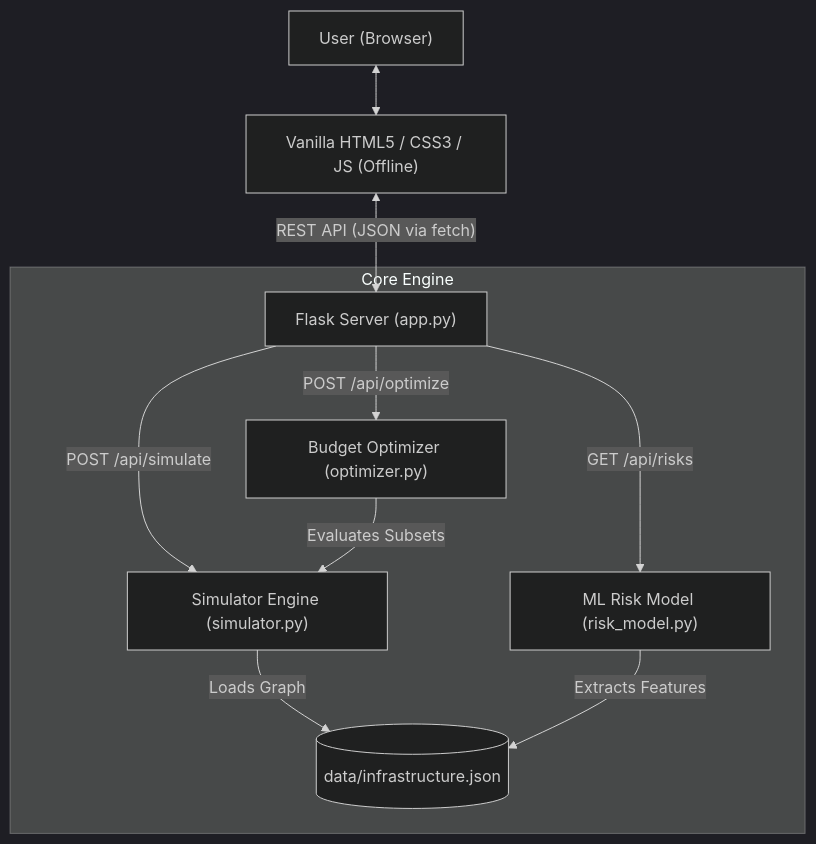
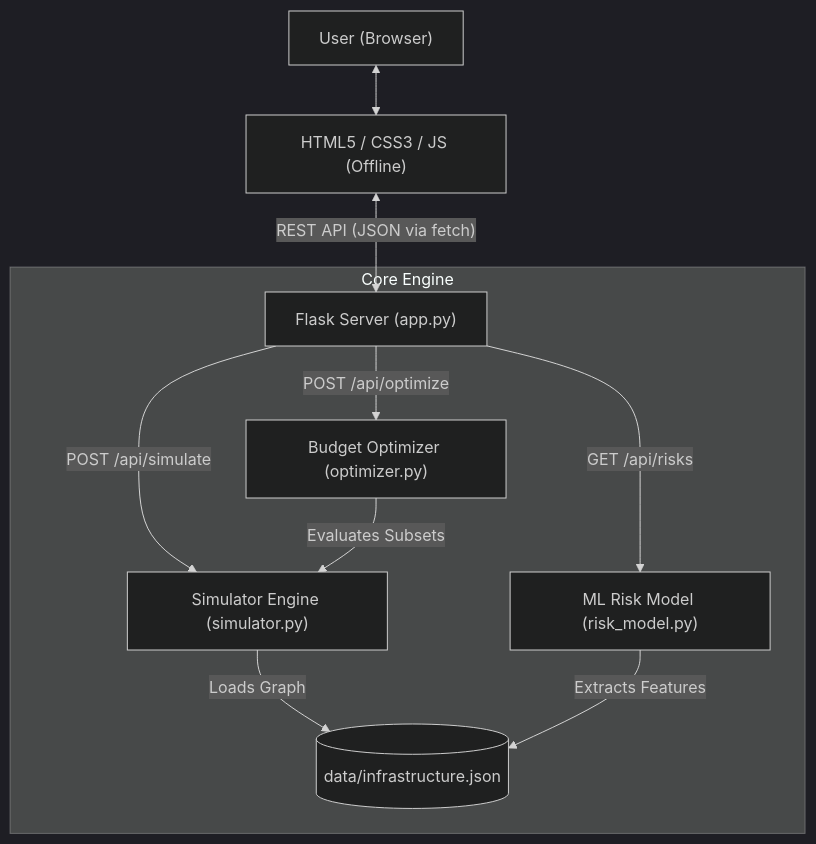
The diagram in README.md (rachithayerumbu-cloud/AFTERSHOCK_AI-), drawn with Mermaid (dark theme) before and after one commit.

Commit message:
Update frontend description in system architecture

````diff
--- a/README.md
+++ b/README.md
@@ -136,15 +136,15 @@
 ```mermaid
 flowchart TD
-    User["User (Browser)"] <--> Frontend["Vanilla HTML5 / CSS3 / JS (Offline)"]
+    User["User (Browser)"] <--> Frontend["HTML5 / CSS3 / JS (Offline)"]
     Frontend <-->|"REST API (JSON via fetch)"| Flask["Flask Server (app.py)"]
     
     subgraph Core Engine
         Flask -->|"POST /api/simulate"| Sim["Simulator Engine (simulator.py)"]
         Flask -->|"POST /api/optimize"| Opt["Budget Optimizer (optimizer.py)"]
         Flask -->|"GET /api/risks"| ML["ML Risk Model (risk_model.py)"]
         
         Opt -->|"Evaluates Subsets"| Sim
         Sim -->|"Loads Graph"| JSON[("data/infrastructure.json")]
         ML -->|"Extracts Features"| JSON
     end
 ```
````
